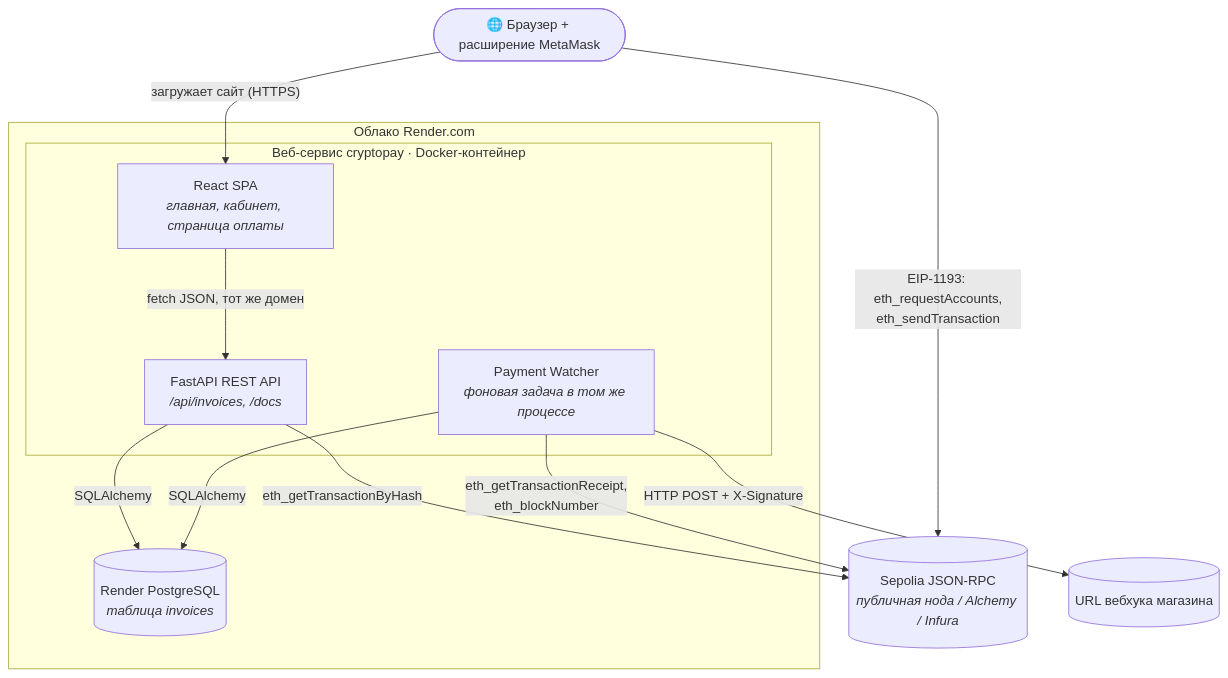
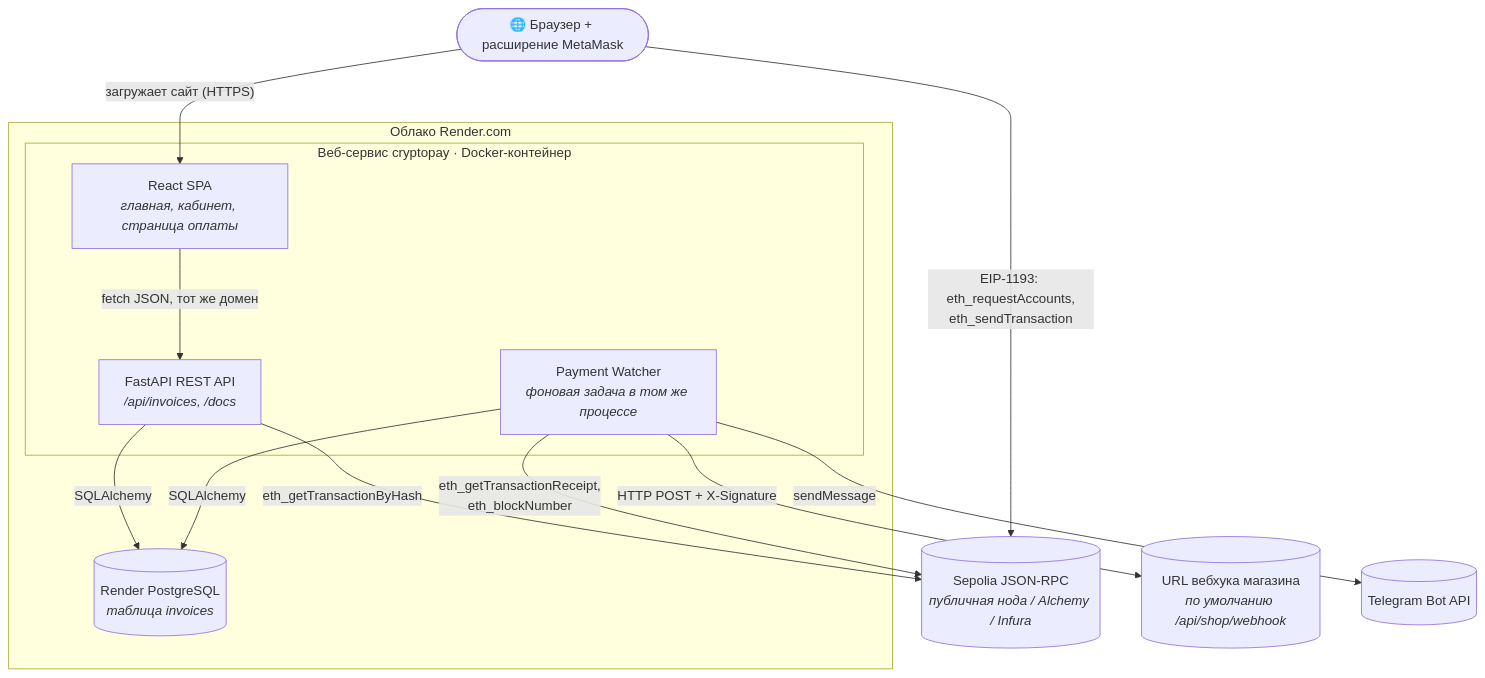
The second of 2 diagrams in docs/02-context.md (AslanTabaldiev/Cryptopay), drawn with Mermaid before and after one commit. The commit also changed other lines of this file and 60 other files, not shown here.

````diff
--- a/docs/02-context.md
+++ b/docs/02-context.md
@@ -30,25 +32,27 @@
 ```mermaid
 flowchart TB
     Browser([🌐 Браузер + расширение MetaMask])
 
     subgraph Render [Облако Render.com]
         subgraph Web [Веб-сервис cryptopay · Docker-контейнер]
             SPA[React SPA<br/><i>главная, кабинет, страница оплаты</i>]
             API[FastAPI REST API<br/><i>/api/invoices, /docs</i>]
             Watcher[Payment Watcher<br/><i>фоновая задача в том же процессе</i>]
         end
         DB[(Render PostgreSQL<br/><i>таблица invoices</i>)]
     end
 
     RPC[(Sepolia JSON-RPC<br/><i>публичная нода / Alchemy / Infura</i>)]
-    Hook[(URL вебхука магазина)]
+    Hook[(URL вебхука магазина<br/><i>по умолчанию /api/shop/webhook</i>)]
+    TG[(Telegram Bot API)]
 
     Browser -- "загружает сайт (HTTPS)" --> SPA
     SPA -- "fetch JSON, тот же домен" --> API
     Browser -- "EIP-1193: eth_requestAccounts,<br/>eth_sendTransaction" --> RPC
     API -- "SQLAlchemy" --> DB
     Watcher -- "SQLAlchemy" --> DB
     API -- "eth_getTransactionByHash" --> RPC
     Watcher -- "eth_getTransactionReceipt,<br/>eth_blockNumber" --> RPC
     Watcher -- "HTTP POST + X-Signature" --> Hook
+    Watcher -- "sendMessage" --> TG
 ```
````
